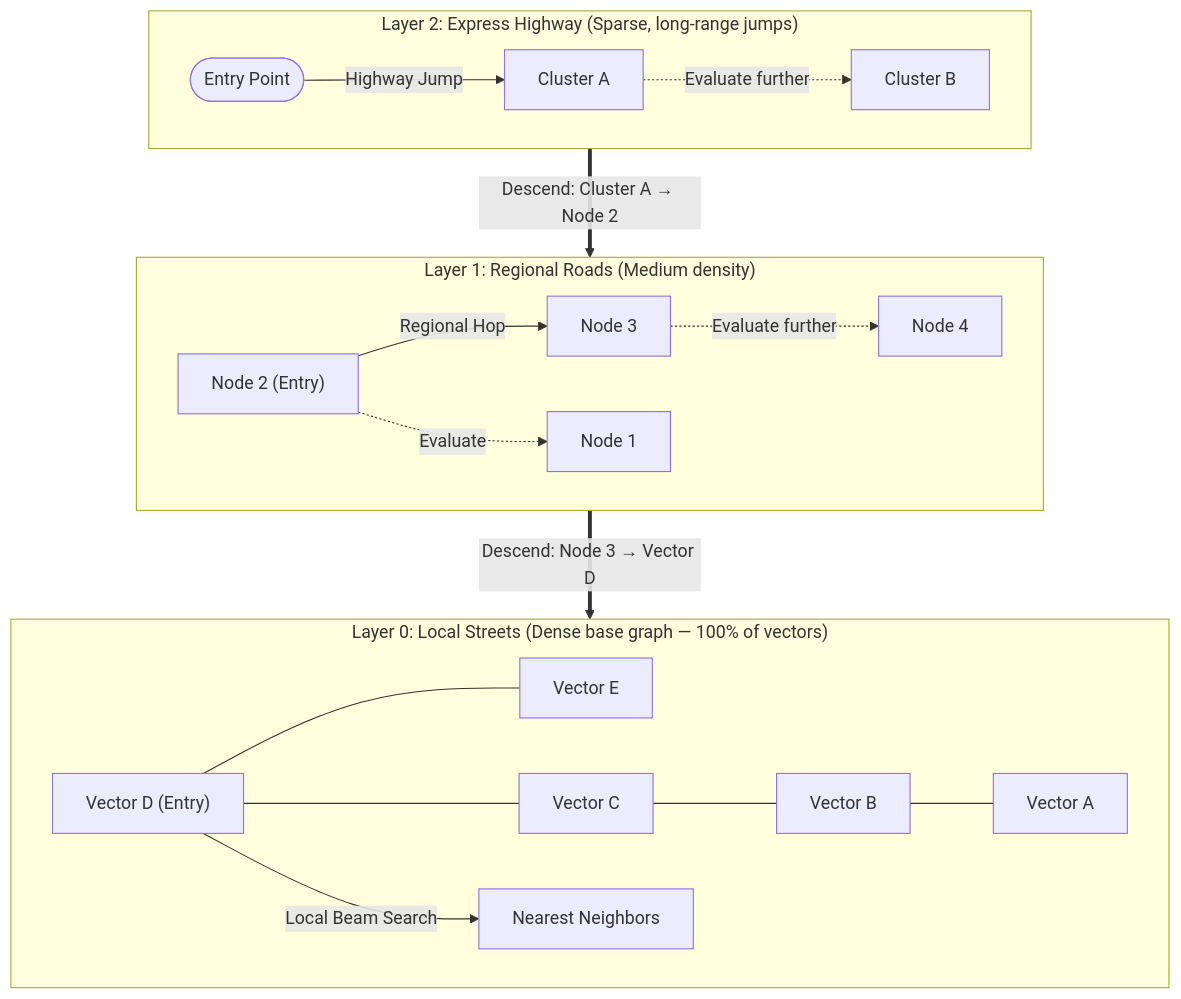
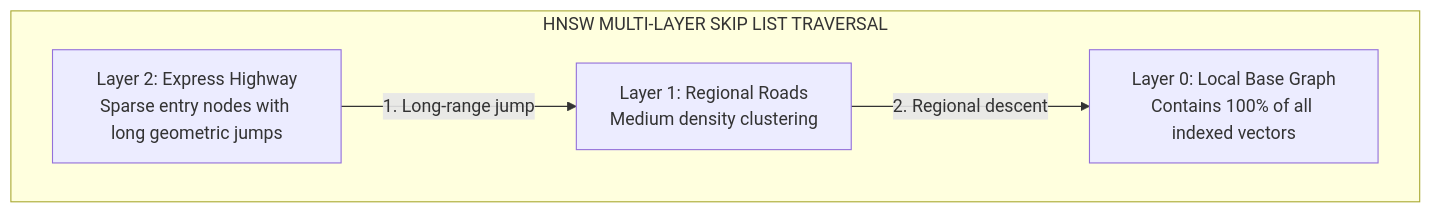
The second of 3 diagrams in 02-rag-and-knowledge-systems/03-hybrid-search-bm25-and-hnsw.md (dip4k/senior-engineer-to-ai-engineer-roadmap), drawn with Mermaid before and after one commit. The commit also changed other lines of this file and 10 other files, not shown here.

````diff
--- a/02-rag-and-knowledge-systems/03-hybrid-search-bm25-and-hnsw.md
+++ b/02-rag-and-knowledge-systems/03-hybrid-search-bm25-and-hnsw.md
@@ -143,27 +143,11 @@
 ```mermaid
-    flowchart TD
-        subgraph Layer2["Layer 2: Express Highway (Sparse, long-range jumps)"]
-            direction LR
-            L2_Entry(["Entry Point"]) -->|Highway Jump| L2_N1["Cluster A"]
-            L2_N1 -.->|Evaluate further| L2_N2["Cluster B"]
-        end
+flowchart TD
+    subgraph MultiLayer["HNSW MULTI-LAYER SKIP LIST TRAVERSAL"]
+        L2["Layer 2: Express Highway<br>Sparse entry nodes with long geometric jumps"]
+        L1["Layer 1: Regional Roads<br>Medium density clustering"]
+        L0["Layer 0: Local Base Graph<br>Contains 100% of all indexed vectors"]
+    end
 
-        subgraph Layer1["Layer 1: Regional Roads (Medium density)"]
-            direction LR
-            L1_N2["Node 2 (Entry)"] -->|Regional Hop| L1_N3["Node 3"]
-            L1_N2 -.->|Evaluate| L1_N1["Node 1"]
-            L1_N3 -.->|Evaluate further| L1_N4["Node 4"]
-        end
-
-        subgraph Layer0["Layer 0: Local Streets (Dense base graph — 100% of vectors)"]
-            direction LR
-            L0_D["Vector D (Entry)"] --- L0_E["Vector E"]
-            L0_D --- L0_C["Vector C"]
-            L0_C --- L0_B["Vector B"]
-            L0_B --- L0_A["Vector A"]
-            L0_D -->|Local Beam Search| L0_Target["Nearest Neighbors"]
-        end
-
-    Layer2 ==>|"Descend: Cluster A → Node 2"| Layer1
-    Layer1 ==>|"Descend: Node 3 → Vector D"| Layer0
+    L2 -->|"1. Long-range jump"| L1
+    L1 -->|"2. Regional descent"| L0
 ```
````
